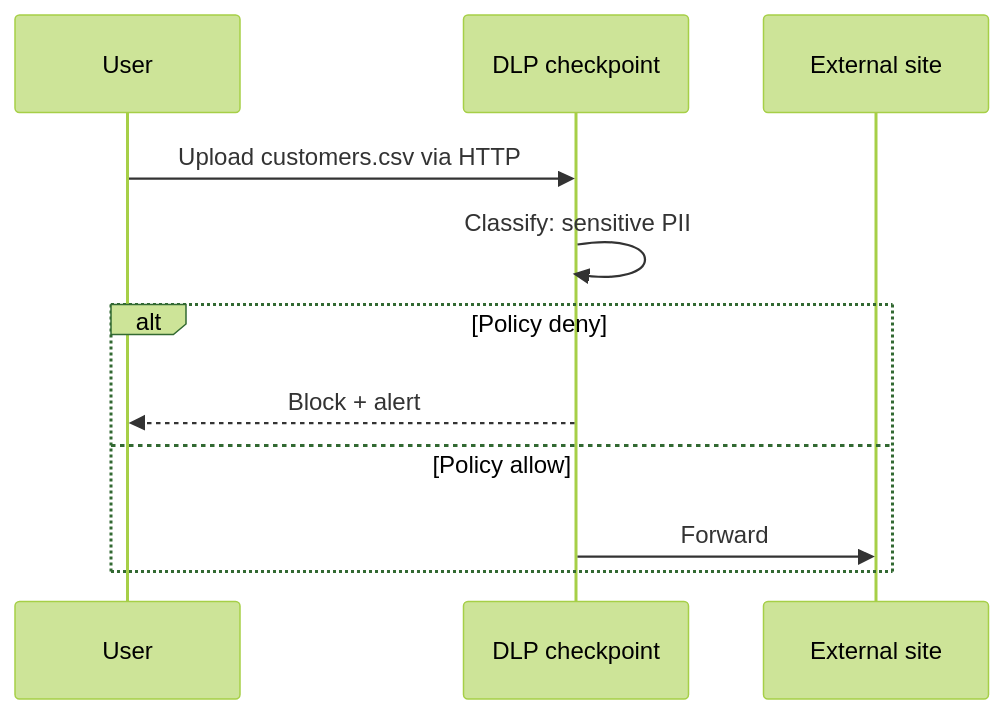
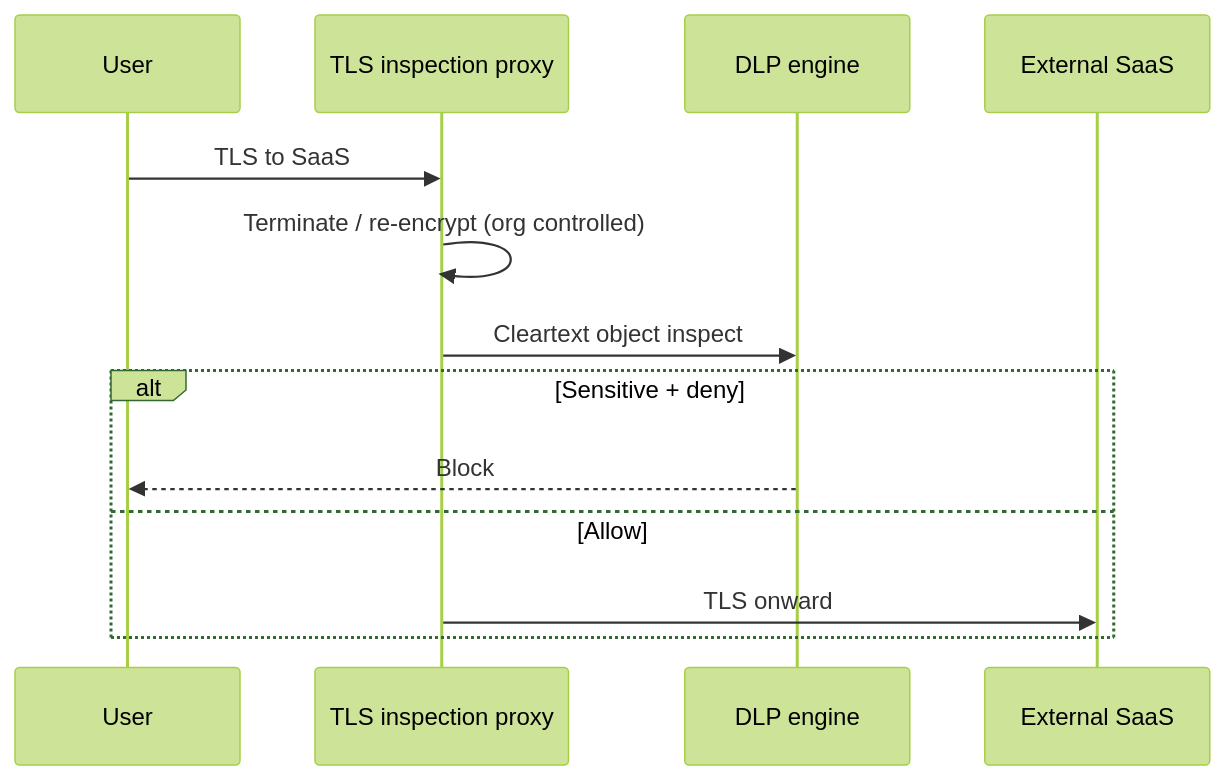
One commit to omnayak27199/pktana changed the fourth of 12 diagrams in learning/13-dlp-idps.md. Above: the diagram before and after it, drawn with Mermaid (forest theme). The commit also changed other lines of this file and 14 other files, not shown here.

````diff
--- a/learning/13-dlp-idps.md
+++ b/learning/13-dlp-idps.md
@@ -40,13 +111,15 @@
 ```mermaid
 sequenceDiagram
-  participant User
-  participant DLP as DLP checkpoint
-  participant Cloud as External site
-  User->>DLP: Upload customers.csv via HTTP
-  DLP->>DLP: Classify: sensitive PII
-  alt Policy deny
-    DLP-->>User: Block + alert
-  else Policy allow
-    DLP->>Cloud: Forward
+  participant U as User
+  participant Proxy as TLS inspection proxy
+  participant DLP as DLP engine
+  participant Cloud as External SaaS
+  U->>Proxy: TLS to SaaS
+  Proxy->>Proxy: Terminate / re-encrypt (org controlled)
+  Proxy->>DLP: Cleartext object inspect
+  alt Sensitive + deny
+    DLP-->>U: Block
+  else Allow
+    Proxy->>Cloud: TLS onward
   end
 ```
````
